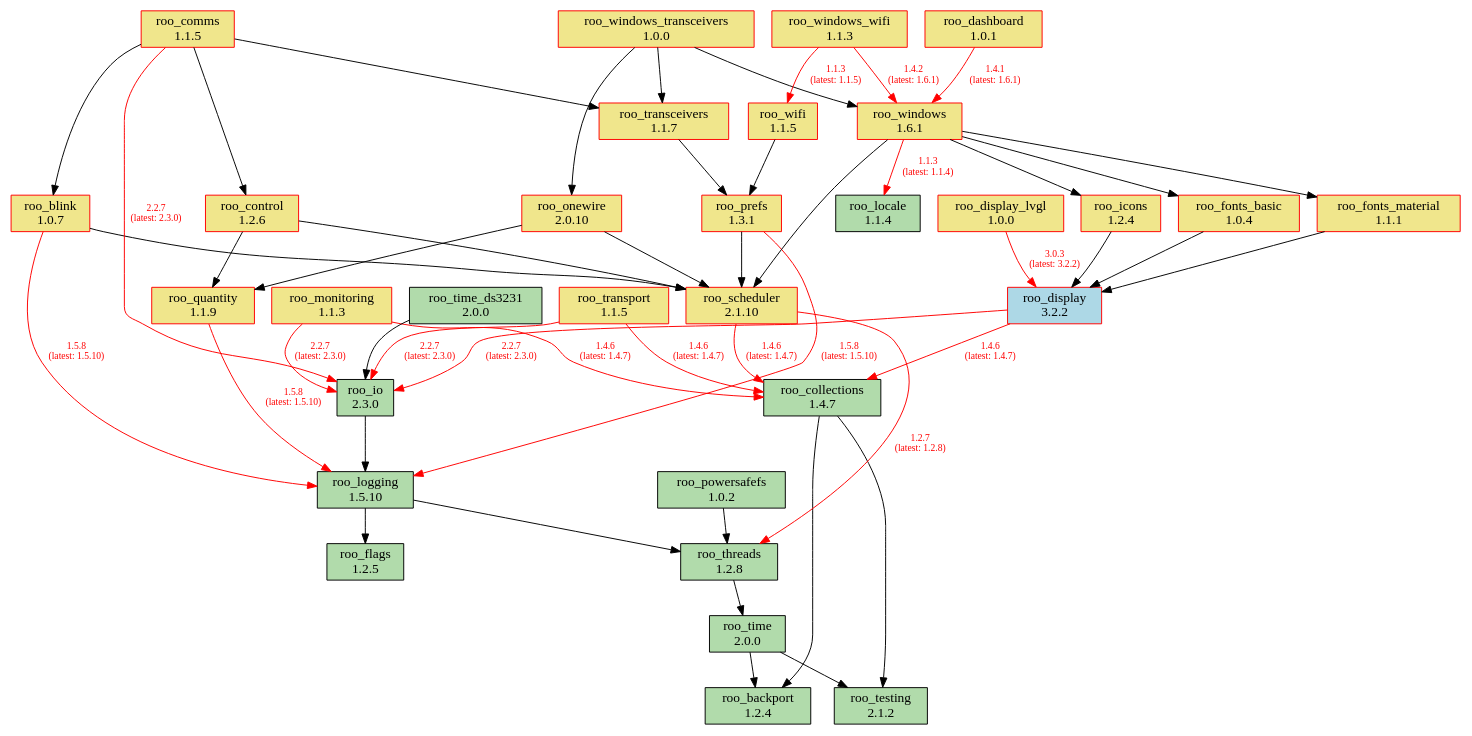
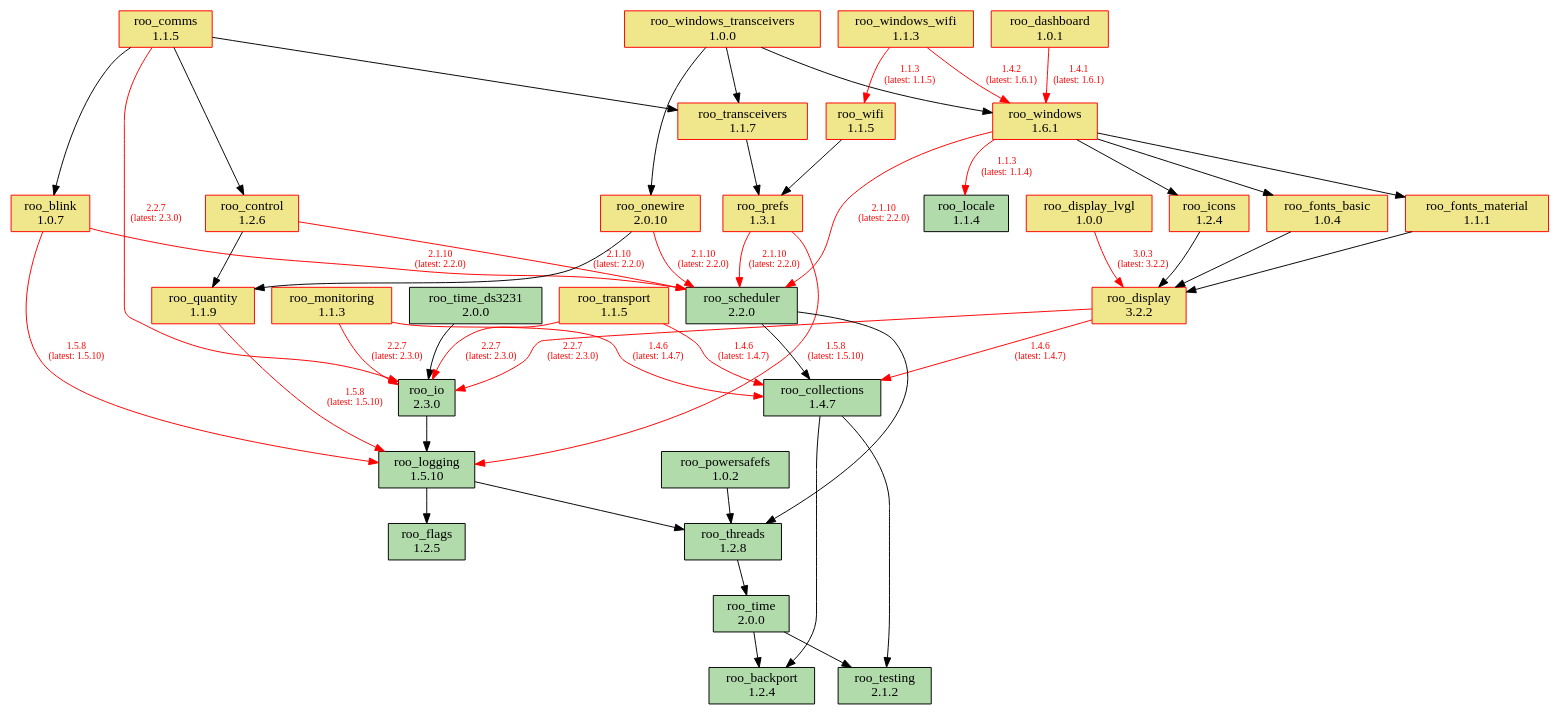
One commit to dejwk/roo-registry changed the diagram in doc/dependencies.dot. Above: the diagram before and after it, drawn with Graphviz. The commit also changed 3 other files, not shown here.

Commit message:
Added roo_scheduler 2.2.0 to the registry.

```diff
--- a/doc/dependencies.dot
+++ b/doc/dependencies.dot
@@ -1,88 +1,88 @@
 digraph dependencies {
     rankdir=TB;
     node [shape=box, style=filled];
     edge [fontsize=10];
 
     // Modules
     "roo_backport" [label="roo_backport\n1.2.4", fillcolor="#b1dbab", color="black"];
     "roo_blink" [label="roo_blink\n1.0.7", fillcolor="khaki", color="red"];
     "roo_collections" [label="roo_collections\n1.4.7", fillcolor="#b1dbab", color="black"];
     "roo_comms" [label="roo_comms\n1.1.5", fillcolor="khaki", color="red"];
     "roo_control" [label="roo_control\n1.2.6", fillcolor="khaki", color="red"];
     "roo_dashboard" [label="roo_dashboard\n1.0.1", fillcolor="khaki", color="red"];
-    "roo_display" [label="roo_display\n3.2.2", fillcolor="lightblue", color="red"];
+    "roo_display" [label="roo_display\n3.2.2", fillcolor="khaki", color="red"];
     "roo_display_lvgl" [label="roo_display_lvgl\n1.0.0", fillcolor="khaki", color="red"];
     "roo_flags" [label="roo_flags\n1.2.5", fillcolor="#b1dbab", color="black"];
     "roo_fonts_basic" [label="roo_fonts_basic\n1.0.4", fillcolor="khaki", color="red"];
     "roo_fonts_material" [label="roo_fonts_material\n1.1.1", fillcolor="khaki", color="red"];
     "roo_icons" [label="roo_icons\n1.2.4", fillcolor="khaki", color="red"];
     "roo_io" [label="roo_io\n2.3.0", fillcolor="#b1dbab", color="black"];
     "roo_locale" [label="roo_locale\n1.1.4", fillcolor="#b1dbab", color="black"];
     "roo_logging" [label="roo_logging\n1.5.10", fillcolor="#b1dbab", color="black"];
     "roo_monitoring" [label="roo_monitoring\n1.1.3", fillcolor="khaki", color="red"];
     "roo_onewire" [label="roo_onewire\n2.0.10", fillcolor="khaki", color="red"];
     "roo_powersafefs" [label="roo_powersafefs\n1.0.2", fillcolor="#b1dbab", color="black"];
     "roo_prefs" [label="roo_prefs\n1.3.1", fillcolor="khaki", color="red"];
     "roo_quantity" [label="roo_quantity\n1.1.9", fillcolor="khaki", color="red"];
-    "roo_scheduler" [label="roo_scheduler\n2.1.10", fillcolor="khaki", color="red"];
+    "roo_scheduler" [label="roo_scheduler\n2.2.0", fillcolor="#b1dbab", color="black"];
     "roo_testing" [label="roo_testing\n2.1.2", fillcolor="#b1dbab", color="black"];
     "roo_threads" [label="roo_threads\n1.2.8", fillcolor="#b1dbab", color="black"];
     "roo_time" [label="roo_time\n2.0.0", fillcolor="#b1dbab", color="black"];
     "roo_time_ds3231" [label="roo_time_ds3231\n2.0.0", fillcolor="#b1dbab", color="black"];
     "roo_transceivers" [label="roo_transceivers\n1.1.7", fillcolor="khaki", color="red"];
     "roo_transport" [label="roo_transport\n1.1.5", fillcolor="khaki", color="red"];
     "roo_wifi" [label="roo_wifi\n1.1.5", fillcolor="khaki", color="red"];
     "roo_windows" [label="roo_windows\n1.6.1", fillcolor="khaki", color="red"];
     "roo_windows_transceivers" [label="roo_windows_transceivers\n1.0.0", fillcolor="khaki", color="red"];
     "roo_windows_wifi" [label="roo_windows_wifi\n1.1.3", fillcolor="khaki", color="red"];
 
     // Dependencies
     "roo_blink" -> "roo_logging" [color=red, fontcolor=red, label="1.5.8\n(latest: 1.5.10)"];
-    "roo_blink" -> "roo_scheduler";
+    "roo_blink" -> "roo_scheduler" [color=red, fontcolor=red, label="2.1.10\n(latest: 2.2.0)"];
     "roo_collections" -> "roo_testing";
     "roo_collections" -> "roo_backport";
     "roo_comms" -> "roo_blink";
     "roo_comms" -> "roo_control";
     "roo_comms" -> "roo_io" [color=red, fontcolor=red, label="2.2.7\n(latest: 2.3.0)"];
     "roo_comms" -> "roo_transceivers";
     "roo_control" -> "roo_quantity";
-    "roo_control" -> "roo_scheduler";
+    "roo_control" -> "roo_scheduler" [color=red, fontcolor=red, label="2.1.10\n(latest: 2.2.0)"];
     "roo_dashboard" -> "roo_windows" [color=red, fontcolor=red, label="1.4.1\n(latest: 1.6.1)"];
     "roo_display" -> "roo_collections" [color=red, fontcolor=red, label="1.4.6\n(latest: 1.4.7)"];
     "roo_display" -> "roo_io" [color=red, fontcolor=red, label="2.2.7\n(latest: 2.3.0)"];
     "roo_display_lvgl" -> "roo_display" [color=red, fontcolor=red, label="3.0.3\n(latest: 3.2.2)"];
     "roo_fonts_basic" -> "roo_display";
     "roo_fonts_material" -> "roo_display";
     "roo_icons" -> "roo_display";
     "roo_io" -> "roo_logging";
     "roo_logging" -> "roo_flags";
     "roo_logging" -> "roo_threads";
     "roo_monitoring" -> "roo_collections" [color=red, fontcolor=red, label="1.4.6\n(latest: 1.4.7)"];
     "roo_monitoring" -> "roo_io" [color=red, fontcolor=red, label="2.2.7\n(latest: 2.3.0)"];
-    "roo_onewire" -> "roo_scheduler";
+    "roo_onewire" -> "roo_scheduler" [color=red, fontcolor=red, label="2.1.10\n(latest: 2.2.0)"];
     "roo_onewire" -> "roo_quantity";
     "roo_powersafefs" -> "roo_threads";
     "roo_prefs" -> "roo_logging" [color=red, fontcolor=red, label="1.5.8\n(latest: 1.5.10)"];
-    "roo_prefs" -> "roo_scheduler";
+    "roo_prefs" -> "roo_scheduler" [color=red, fontcolor=red, label="2.1.10\n(latest: 2.2.0)"];
     "roo_quantity" -> "roo_logging" [color=red, fontcolor=red, label="1.5.8\n(latest: 1.5.10)"];
-    "roo_scheduler" -> "roo_collections" [color=red, fontcolor=red, label="1.4.6\n(latest: 1.4.7)"];
-    "roo_scheduler" -> "roo_threads" [color=red, fontcolor=red, label="1.2.7\n(latest: 1.2.8)"];
+    "roo_scheduler" -> "roo_collections";
+    "roo_scheduler" -> "roo_threads";
     "roo_threads" -> "roo_time";
     "roo_time" -> "roo_testing";
     "roo_time" -> "roo_backport";
     "roo_time_ds3231" -> "roo_io";
     "roo_transceivers" -> "roo_prefs";
     "roo_transport" -> "roo_collections" [color=red, fontcolor=red, label="1.4.6\n(latest: 1.4.7)"];
     "roo_transport" -> "roo_io" [color=red, fontcolor=red, label="2.2.7\n(latest: 2.3.0)"];
     "roo_wifi" -> "roo_prefs";
     "roo_windows" -> "roo_fonts_basic";
     "roo_windows" -> "roo_fonts_material";
     "roo_windows" -> "roo_locale" [color=red, fontcolor=red, label="1.1.3\n(latest: 1.1.4)"];
     "roo_windows" -> "roo_icons";
-    "roo_windows" -> "roo_scheduler";
+    "roo_windows" -> "roo_scheduler" [color=red, fontcolor=red, label="2.1.10\n(latest: 2.2.0)"];
     "roo_windows_transceivers" -> "roo_onewire";
     "roo_windows_transceivers" -> "roo_transceivers";
     "roo_windows_transceivers" -> "roo_windows";
     "roo_windows_wifi" -> "roo_wifi" [color=red, fontcolor=red, label="1.1.3\n(latest: 1.1.5)"];
     "roo_windows_wifi" -> "roo_windows" [color=red, fontcolor=red, label="1.4.2\n(latest: 1.6.1)"];
 }
```
